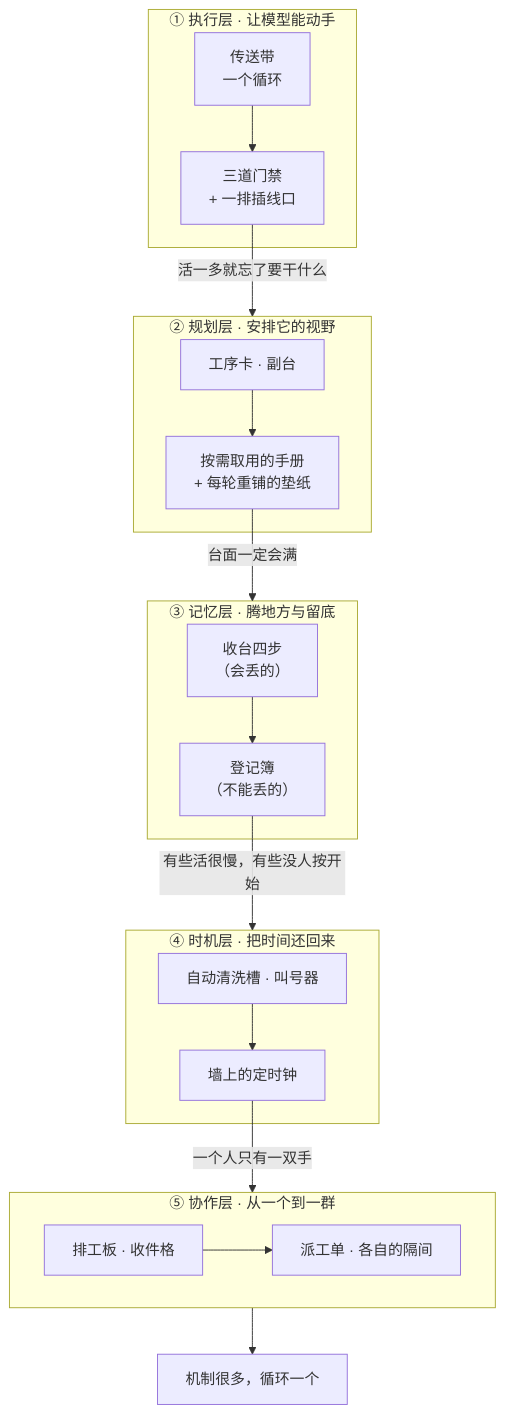
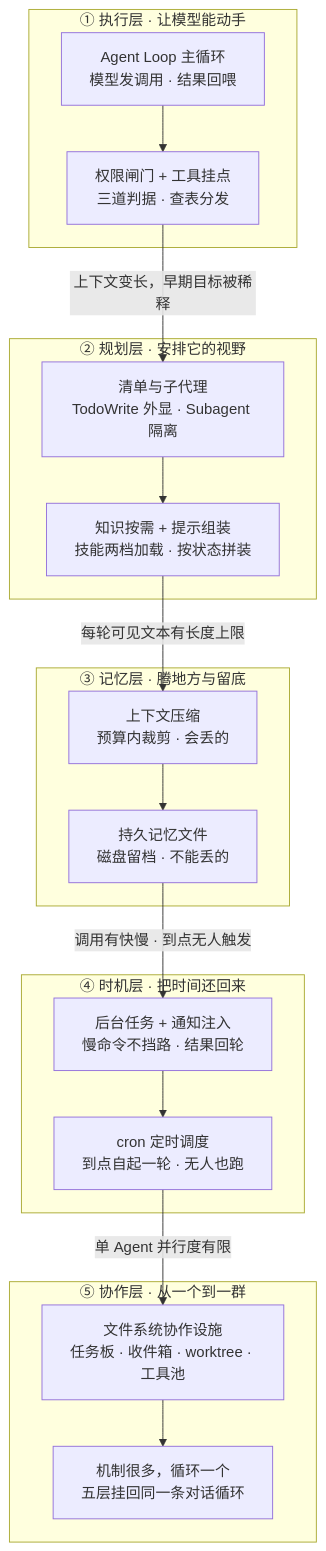
One commit to ThreeFish-AI/negentropy changed the diagram in docs/assets/mermaid/agent-harness/claude-code-harness--five-layer-dependency.mmd. Above: the diagram before and after it, drawn with Mermaid. The commit also changed 10 other files, not shown here.

First line of the commit message:
fix(archify): 五层依赖图与规划全景图工程直陈重绘（图面隐喻清零·archify 四门全绿·双主题 PNG 重采集）;

```diff
--- a/docs/assets/mermaid/agent-harness/claude-code-harness--five-layer-dependency.mmd
+++ b/docs/assets/mermaid/agent-harness/claude-code-harness--five-layer-dependency.mmd
@@ -1,25 +1,24 @@
 %% source: docs/research/agent-harness/170-claude-code-harness-overview.md §1
 %% slug: claude-code-harness--five-layer-dependency
-%% type: workflow
-%% derived: docs/assets/architecture/agent-harness/claude-code-harness--five-layer-dependency.html
+%% type: architecture
+%% derived: 五层依赖链（每层的存在理由写在上一层的失败里）；2026-10-07 工程直陈重绘，隐喻词全数退场
 flowchart TD
     subgraph L1["① 执行层 · 让模型能动手"]
-        A1["传送带<br/>一个循环"] --> A2["三道门禁<br/>+ 一排插线口"]
+        A1["Agent Loop 主循环<br/>模型发调用 · 结果回喂"] --> A2["权限闸门 + 工具挂点<br/>三道判据 · 查表分发"]
     end
     subgraph L2["② 规划层 · 安排它的视野"]
-        B1["工序卡 · 副台"] --> B2["按需取用的手册<br/>+ 每轮重铺的垫纸"]
+        B1["清单与子代理<br/>TodoWrite 外显 · Subagent 隔离"] --> B2["知识按需 + 提示组装<br/>技能两档加载 · 按状态拼装"]
     end
     subgraph L3["③ 记忆层 · 腾地方与留底"]
-        C1["收台四步<br/>（会丢的）"] --> C2["登记簿<br/>（不能丢的）"]
+        C1["上下文压缩<br/>预算内裁剪 · 会丢的"] --> C2["持久记忆文件<br/>磁盘留档 · 不能丢的"]
     end
     subgraph L4["④ 时机层 · 把时间还回来"]
-        D1["自动清洗槽 · 叫号器"] --> D2["墙上的定时钟"]
+        D1["后台任务 + 通知注入<br/>慢命令不挡路 · 结果回轮"] --> D2["cron 定时调度<br/>到点自起一轮 · 无人也跑"]
     end
     subgraph L5["⑤ 协作层 · 从一个到一群"]
-        E1["排工板 · 收件格"] --> E2["派工单 · 各自的隔间"]
+        E1["文件系统协作设施<br/>任务板 · 收件箱 · worktree · 工具池"] --> F["机制很多，循环一个<br/>五层挂回同一条对话循环"]
     end
-    A2 -- "活一多就忘了要干什么" --> L2
-    B2 -- "台面一定会满" --> L3
-    C2 -- "有些活很慢，有些没人按开始" --> L4
-    D2 -- "一个人只有一双手" --> L5
-    L5 --> F["机制很多，循环一个"]
+    A2 -- "上下文变长，早期目标被稀释" --> B1
+    B2 -- "每轮可见文本有长度上限" --> C1
+    C2 -- "调用有快慢 · 到点无人触发" --> D1
+    D2 -- "单 Agent 并行度有限" --> E1
```
